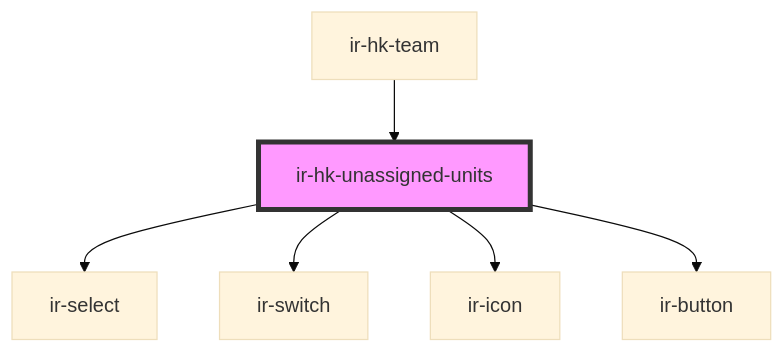
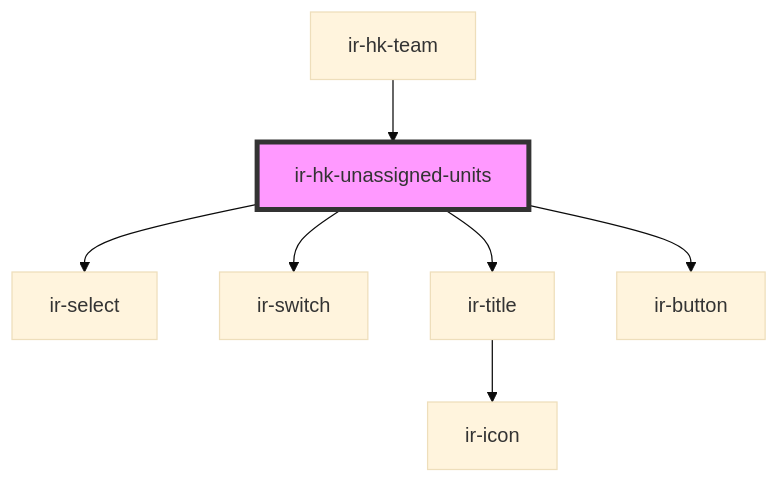
The diagram in src/components/ir-housekeeping/ir-hk-unassigned-units/readme.md (David1Chowaifaty/modified-ir-webcmp), drawn with Mermaid (base theme) before and after one commit. The commit also changed other lines of this file and 16 other files, not shown here.

````diff
--- a/src/components/ir-housekeeping/ir-hk-unassigned-units/readme.md
+++ b/src/components/ir-housekeeping/ir-hk-unassigned-units/readme.md
@@ -37,9 +37,10 @@
 ```mermaid
 graph TD;
   ir-hk-unassigned-units --> ir-select
   ir-hk-unassigned-units --> ir-switch
-  ir-hk-unassigned-units --> ir-icon
+  ir-hk-unassigned-units --> ir-title
   ir-hk-unassigned-units --> ir-button
+  ir-title --> ir-icon
   ir-hk-team --> ir-hk-unassigned-units
   style ir-hk-unassigned-units fill:#f9f,stroke:#333,stroke-width:4px
 ```
````
